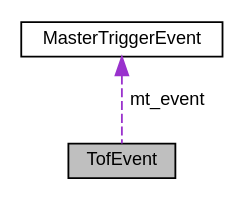
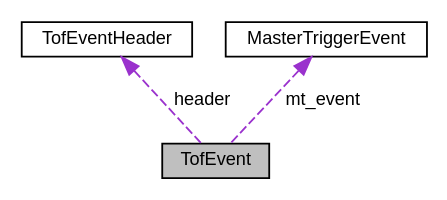
The diagram in structTofEvent__coll__graph.dot (GAPS-Collab/gaps-online-software), drawn with Graphviz before and after one commit. The commit also changed 9698 other files, not shown here.

```diff
--- a/structTofEvent__coll__graph.dot
+++ b/structTofEvent__coll__graph.dot
@@ -1,9 +1,11 @@
 digraph "TofEvent"
 {
  // LATEX_PDF_SIZE
   edge [fontname="Helvetica",fontsize="10",labelfontname="Helvetica",labelfontsize="10"];
   node [fontname="Helvetica",fontsize="10",shape=record];
   Node1 [label="TofEvent",height=0.2,width=0.4,color="black", fillcolor="grey75", style="filled", fontcolor="black",tooltip=" "];
-  Node2 -> Node1 [dir="back",color="darkorchid3",fontsize="10",style="dashed",label=" mt_event" ,fontname="Helvetica"];
-  Node2 [label="MasterTriggerEvent",height=0.2,width=0.4,color="black", fillcolor="white", style="filled",URL="$structMasterTriggerEvent.html",tooltip=" "];
+  Node2 -> Node1 [dir="back",color="darkorchid3",fontsize="10",style="dashed",label=" header" ,fontname="Helvetica"];
+  Node2 [label="TofEventHeader",height=0.2,width=0.4,color="black", fillcolor="white", style="filled",URL="$structTofEventHeader.html",tooltip=" "];
+  Node3 -> Node1 [dir="back",color="darkorchid3",fontsize="10",style="dashed",label=" mt_event" ,fontname="Helvetica"];
+  Node3 [label="MasterTriggerEvent",height=0.2,width=0.4,color="black", fillcolor="white", style="filled",URL="$structMasterTriggerEvent.html",tooltip=" "];
 }
```
